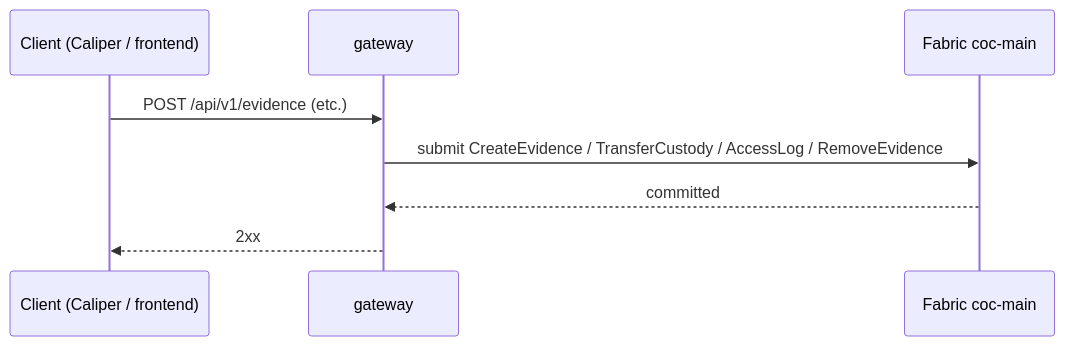
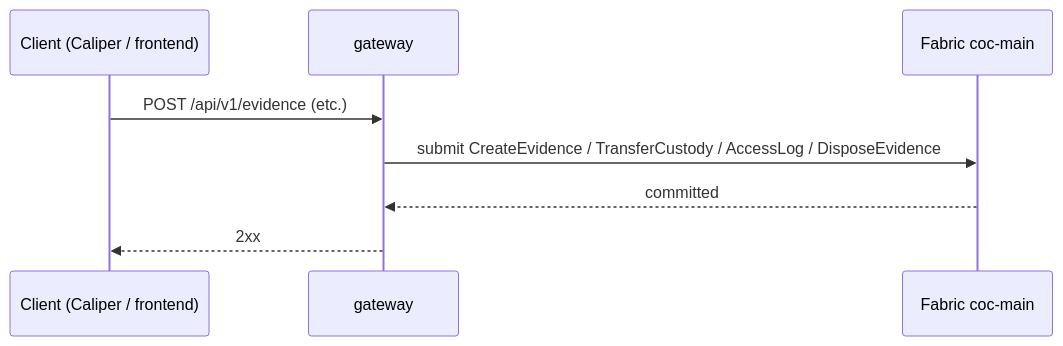
Before and after one commit to theflorist18/GLEIPNIR: the second of 8 diagrams in docs/AS-BUILT.md, drawn with Mermaid. The commit also changed other lines of this file and 103 other files, not shown here.

````diff
--- a/docs/AS-BUILT.md
+++ b/docs/AS-BUILT.md
@@ -147,10 +163,10 @@
 ```mermaid
 sequenceDiagram
     participant C as Client (Caliper / frontend)
     participant G as gateway
     participant F as Fabric coc-main
     C->>G: POST /api/v1/evidence (etc.)
-    G->>F: submit CreateEvidence / TransferCustody / AccessLog / RemoveEvidence
+    G->>F: submit CreateEvidence / TransferCustody / AccessLog / DisposeEvidence
     F-->>G: committed
     G-->>C: 2xx
 ```
````
